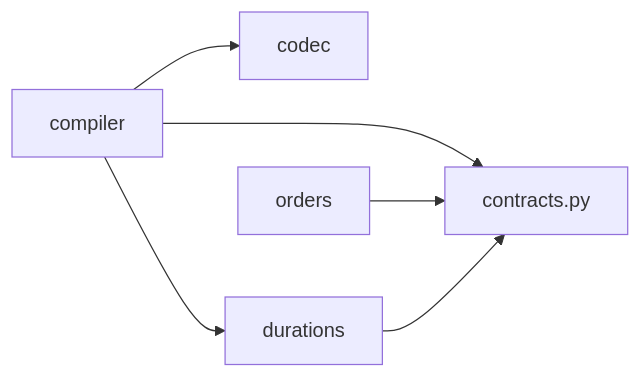
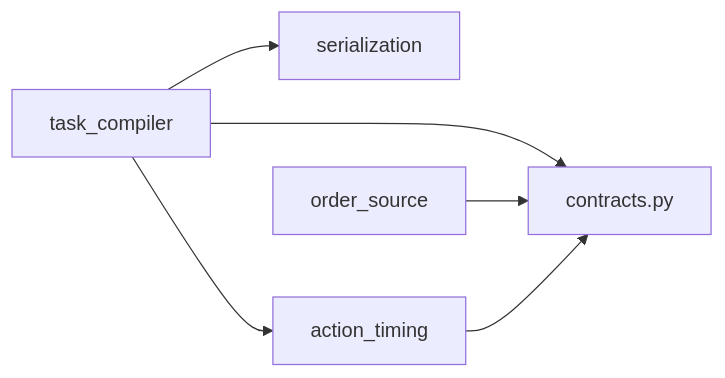
Before and after one commit to Requora/TAPF_MAPF_TPG: the diagram in docs/en/architecture/MODULES.md, drawn with Mermaid. The commit also changed other lines of this file and 45 other files, not shown here.

````diff
--- a/docs/en/architecture/MODULES.md
+++ b/docs/en/architecture/MODULES.md
@@ -46,8 +46,8 @@
 ```mermaid
 flowchart LR
-    Compiler[compiler] --> Contracts[contracts.py]
-    Compiler --> Codec[codec]
-    Compiler --> Durations[durations]
-    Orders[orders] --> Contracts
+    Compiler[task_compiler] --> Contracts[contracts.py]
+    Compiler --> Codec[serialization]
+    Compiler --> Durations[action_timing]
+    Orders[order_source] --> Contracts
     Durations --> Contracts
 ```
````
